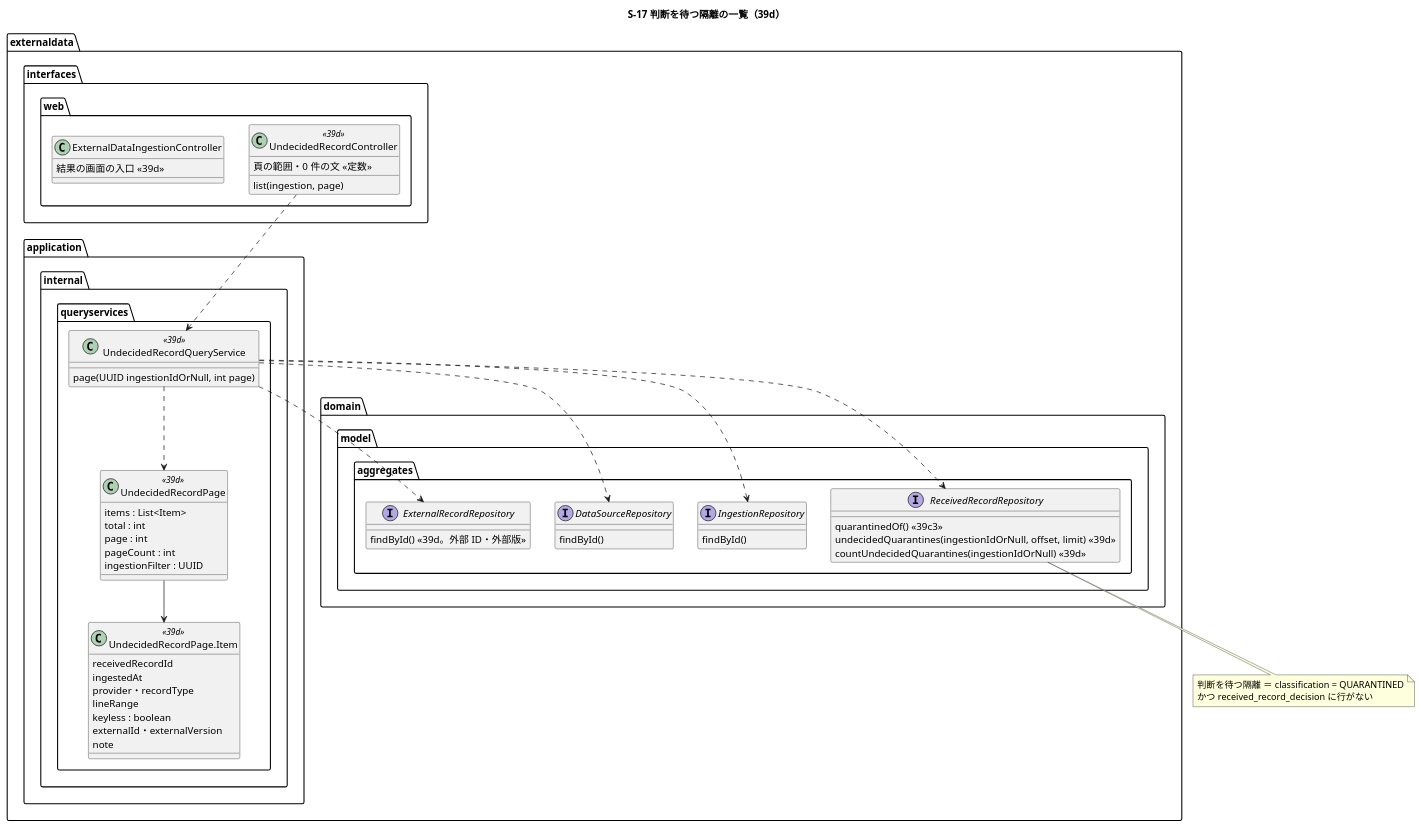
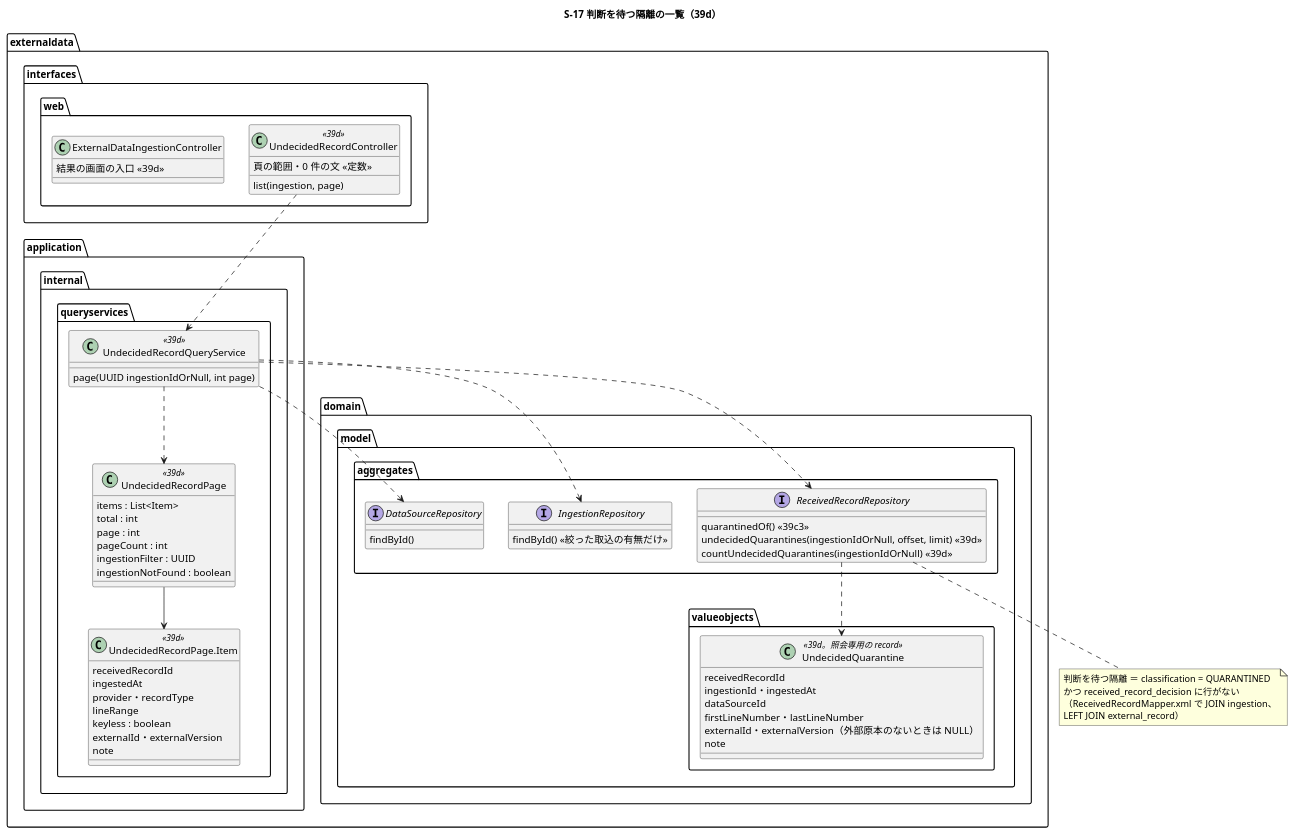
The fourth of 5 diagrams in docs/development/cargo-tracker/bolt_39d_plan.md (k2works/practical-domain-driven-design-in-enterpris-application), drawn with PlantUML before and after one commit. The commit also changed other lines of this file and 3 other files, not shown here.

````diff
--- a/docs/development/cargo-tracker/bolt_39d_plan.md
+++ b/docs/development/cargo-tracker/bolt_39d_plan.md
@@ -264,62 +272,72 @@
 ```plantuml
 @startuml
 title S-17 判断を待つ隔離の一覧（39d）
 package "externaldata.interfaces.web" {
   class UndecidedRecordController <<39d>> {
     list(ingestion, page)
     頁の範囲・0 件の文 <<定数>>
   }
   class ExternalDataIngestionController {
     結果の画面の入口 <<39d>>
   }
 }
 package "externaldata.application.internal.queryservices" {
   class UndecidedRecordQueryService <<39d>> {
     page(UUID ingestionIdOrNull, int page)
   }
   class UndecidedRecordPage <<39d>> {
     items : List<Item>
     total : int
     page : int
     pageCount : int
     ingestionFilter : UUID
+    ingestionNotFound : boolean
   }
   class "UndecidedRecordPage.Item" as Item <<39d>> {
     receivedRecordId
     ingestedAt
     provider・recordType
     lineRange
     keyless : boolean
     externalId・externalVersion
     note
   }
 }
 package "externaldata.domain.model.aggregates" {
   interface ReceivedRecordRepository {
     quarantinedOf() <<39c3>>
     undecidedQuarantines(ingestionIdOrNull, offset, limit) <<39d>>
     countUndecidedQuarantines(ingestionIdOrNull) <<39d>>
   }
   interface IngestionRepository {
-    findById()
+    findById() <<絞った取込の有無だけ>>
   }
   interface DataSourceRepository {
     findById()
   }
-  interface ExternalRecordRepository {
-    findById() <<39d。外部 ID・外部版>>
+}
+package "externaldata.domain.model.valueobjects" {
+  class UndecidedQuarantine <<39d。照会専用の record>> {
+    receivedRecordId
+    ingestionId・ingestedAt
+    dataSourceId
+    firstLineNumber・lastLineNumber
+    externalId・externalVersion（外部原本のないときは NULL）
+    note
   }
 }
 UndecidedRecordController ..> UndecidedRecordQueryService
 UndecidedRecordQueryService ..> ReceivedRecordRepository
 UndecidedRecordQueryService ..> IngestionRepository
 UndecidedRecordQueryService ..> DataSourceRepository
-UndecidedRecordQueryService ..> ExternalRecordRepository
 UndecidedRecordQueryService ..> UndecidedRecordPage
+ReceivedRecordRepository ..> UndecidedQuarantine
 UndecidedRecordPage --> Item
 note bottom of ReceivedRecordRepository
   判断を待つ隔離 ＝ classification = QUARANTINED
   かつ received_record_decision に行がない
+  （ReceivedRecordMapper.xml で JOIN ingestion、
+  LEFT JOIN external_record）
 end note
 @enduml
 ```
````
